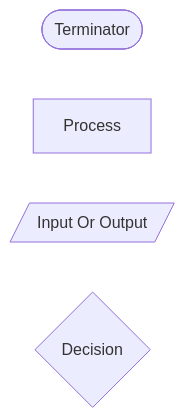
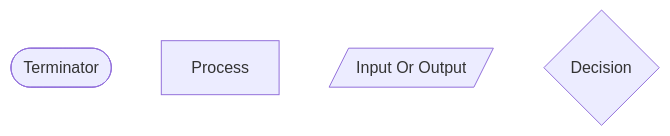
One commit to ArkarHein44/Flowchart changed the diagram in README.MD. Above: the diagram before and after it, drawn with Mermaid.

Commit message:
init commit

````diff
--- a/README.MD
+++ b/README.MD
@@ -10,7 +10,4 @@
 ```mermaid
 flowchart LR
-	id1([Terminator])
-	id2[Process] 
-	id3[/Input Or Output/] 
-	id4{Decision}	
+	id1([Terminator]) ~~~ id2[Process] ~~~ id3[/Input Or Output/]  ~~~ 	id4{Decision}	
 ```
````
